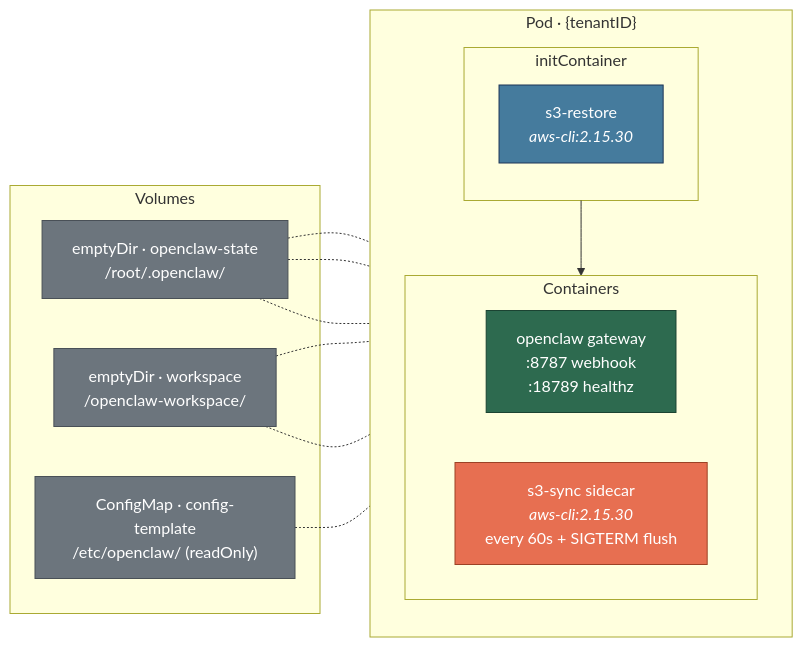
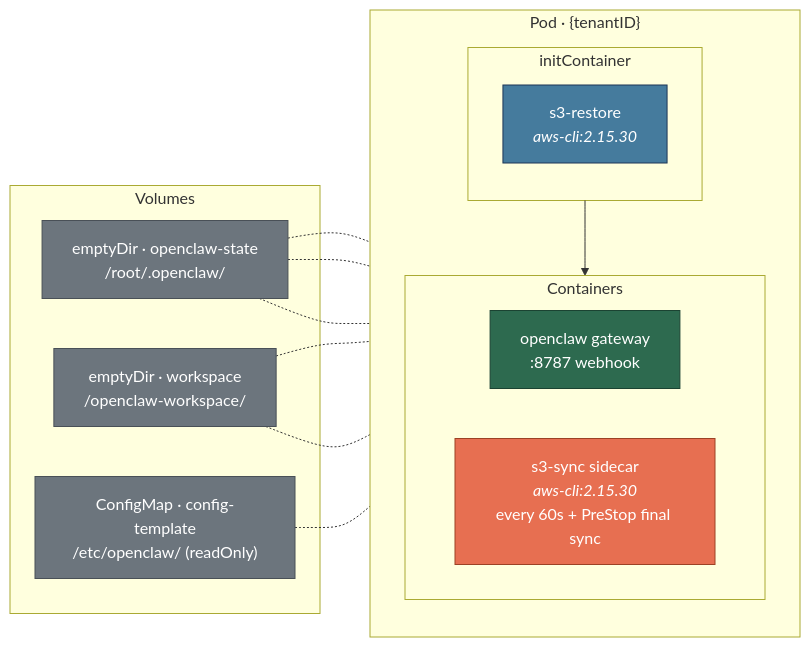
One commit to aws-samples/sample-multi-tenancy-openclaw-on-eks changed the fifth of 8 diagrams in docs/architecture.md. Above: the diagram before and after it, drawn with Mermaid. The commit also changed other lines of this file and 3 other files, not shown here.

````diff
--- a/docs/architecture.md
+++ b/docs/architecture.md
@@ -246,36 +246,36 @@
 ```mermaid
 flowchart LR
     subgraph Pod ["Pod · {tenantID}"]
         direction TB
 
         subgraph Init ["initContainer"]
             S3R[s3-restore<br/><i>aws-cli:2.15.30</i>]:::init
         end
 
         subgraph Main ["Containers"]
             direction LR
-            GW["openclaw gateway<br/>:8787 webhook<br/>:18789 healthz"]:::main
-            SYNC["s3-sync sidecar<br/><i>aws-cli:2.15.30</i><br/>every 60s + SIGTERM flush"]:::sidecar
+            GW["openclaw gateway<br/>:8787 webhook"]:::main
+            SYNC["s3-sync sidecar<br/><i>aws-cli:2.15.30</i><br/>every 60s + PreStop final sync"]:::sidecar
         end
 
         Init --> Main
     end
 
     subgraph Volumes
         ED1["emptyDir · openclaw-state<br/>/root/.openclaw/"]:::vol
         ED2["emptyDir · workspace<br/>/openclaw-workspace/"]:::vol
         CM["ConfigMap · config-template<br/>/etc/openclaw/ (readOnly)"]:::vol
     end
 
     ED1 -.- GW
     ED1 -.- SYNC
     ED1 -.- S3R
     ED2 -.- GW
     ED2 -.- S3R
     CM -.- GW
 
     classDef init fill:#457b9d,stroke:#1d3557,color:#fff
     classDef main fill:#2d6a4f,stroke:#1b4332,color:#fff
     classDef sidecar fill:#e76f51,stroke:#9c4225,color:#fff
     classDef vol fill:#6c757d,stroke:#495057,color:#fff
 ```
````
